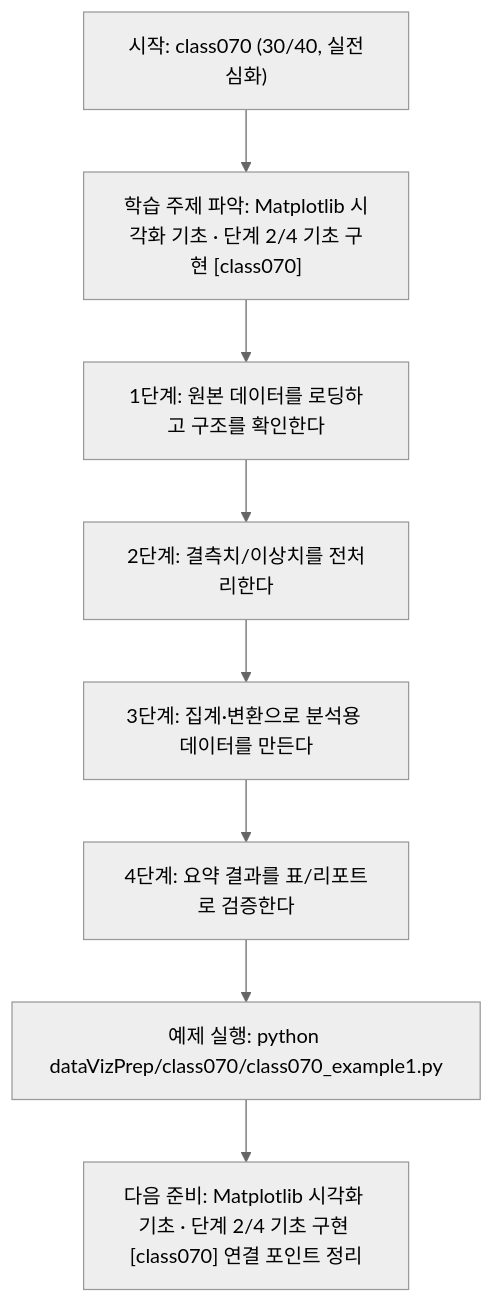
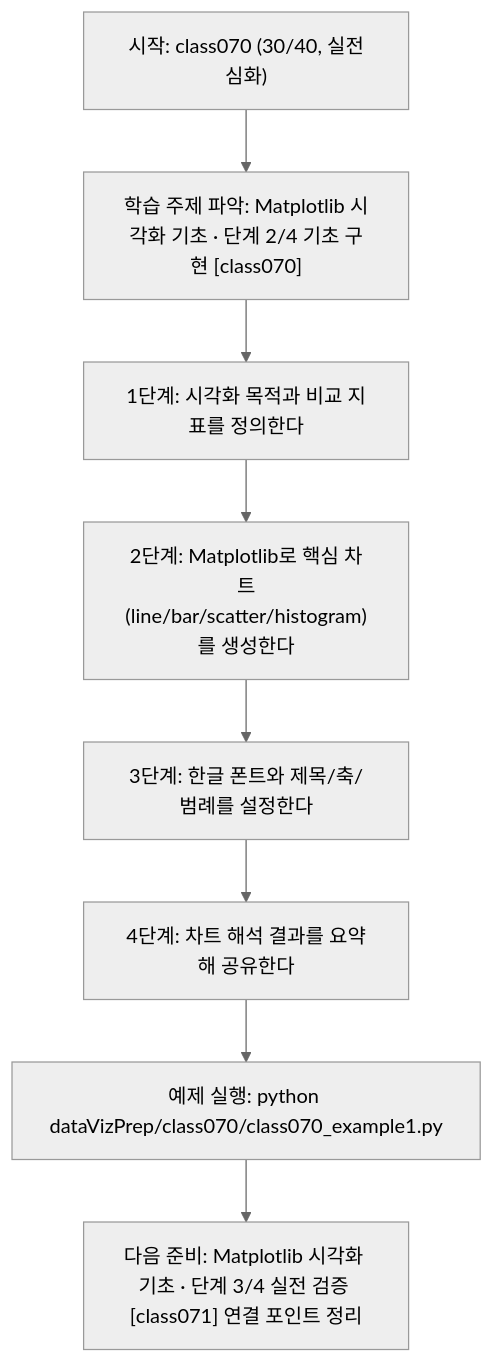
The diagram in dataVizPrep/class070/class070.md (edumgt/Python-AI_Agent-Class), drawn with Mermaid (neutral theme) before and after one commit. The commit also changed other lines of this file and 283 other files, not shown here.

````diff
--- a/dataVizPrep/class070/class070.md
+++ b/dataVizPrep/class070/class070.md
@@ -111,18 +92,18 @@
 ```mermaid
 flowchart TD
 N1["시작: class070 (30/40, 실전심화)"]
 N2["학습 주제 파악: Matplotlib 시각화 기초 · 단계 2/4 기초 구현 [class070]"]
-N3["1단계: 원본 데이터를 로딩하고 구조를 확인한다"]
-N4["2단계: 결측치/이상치를 전처리한다"]
-N5["3단계: 집계·변환으로 분석용 데이터를 만든다"]
-N6["4단계: 요약 결과를 표/리포트로 검증한다"]
+N3["1단계: 시각화 목적과 비교 지표를 정의한다"]
+N4["2단계: Matplotlib로 핵심 차트(line/bar/scatter/histogram)를 생성한다"]
+N5["3단계: 한글 폰트와 제목/축/범례를 설정한다"]
+N6["4단계: 차트 해석 결과를 요약해 공유한다"]
 N7["예제 실행: python dataVizPrep/class070/class070_example1.py"]
-N8["다음 준비: Matplotlib 시각화 기초 · 단계 2/4 기초 구현 [class070] 연결 포인트 정리"]
+N8["다음 준비: Matplotlib 시각화 기초 · 단계 3/4 실전 검증 [class071] 연결 포인트 정리"]
 N1 --> N2
 N2 --> N3
 N3 --> N4
 N4 --> N5
 N5 --> N6
 N6 --> N7
 N7 --> N8
 ```
````
